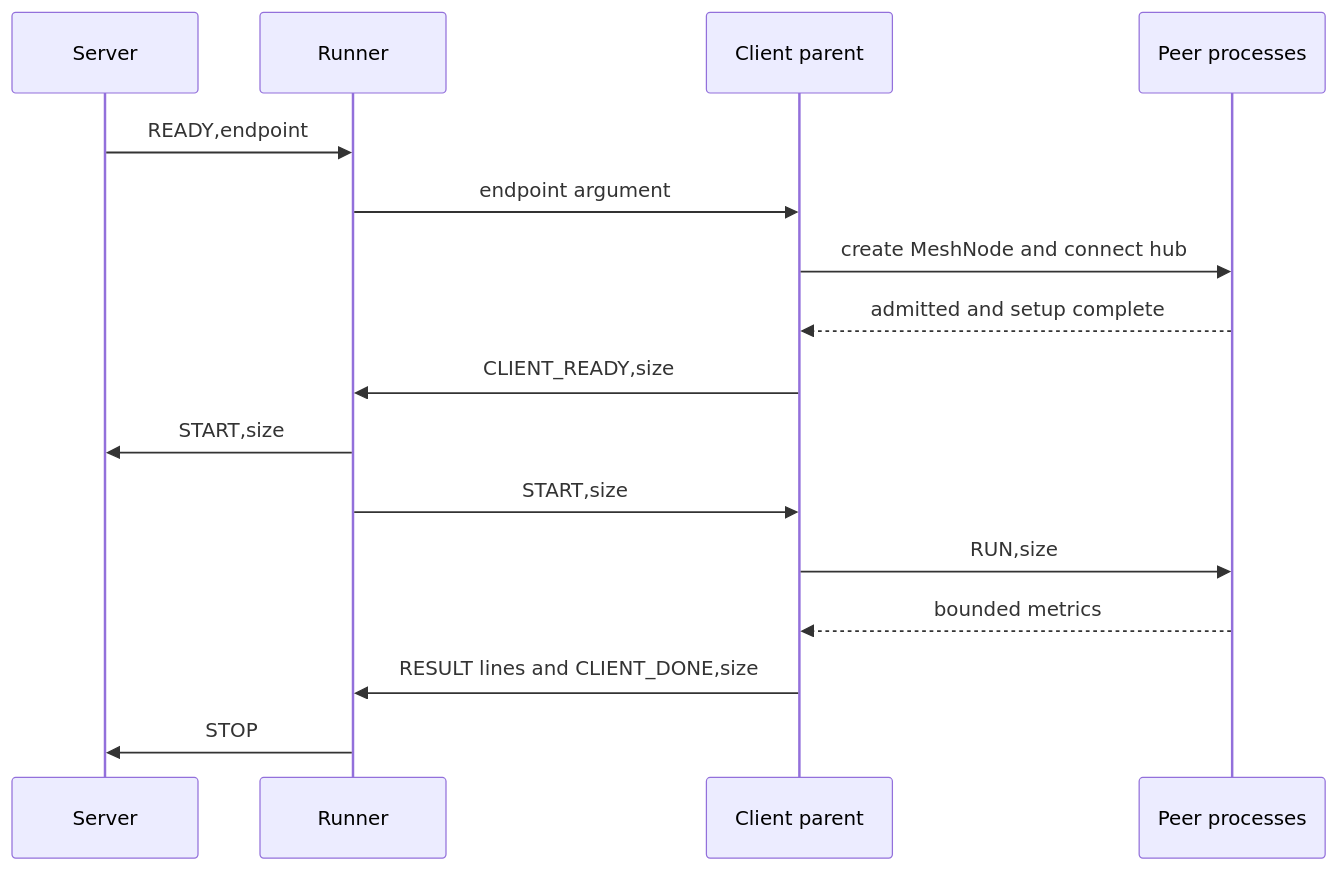
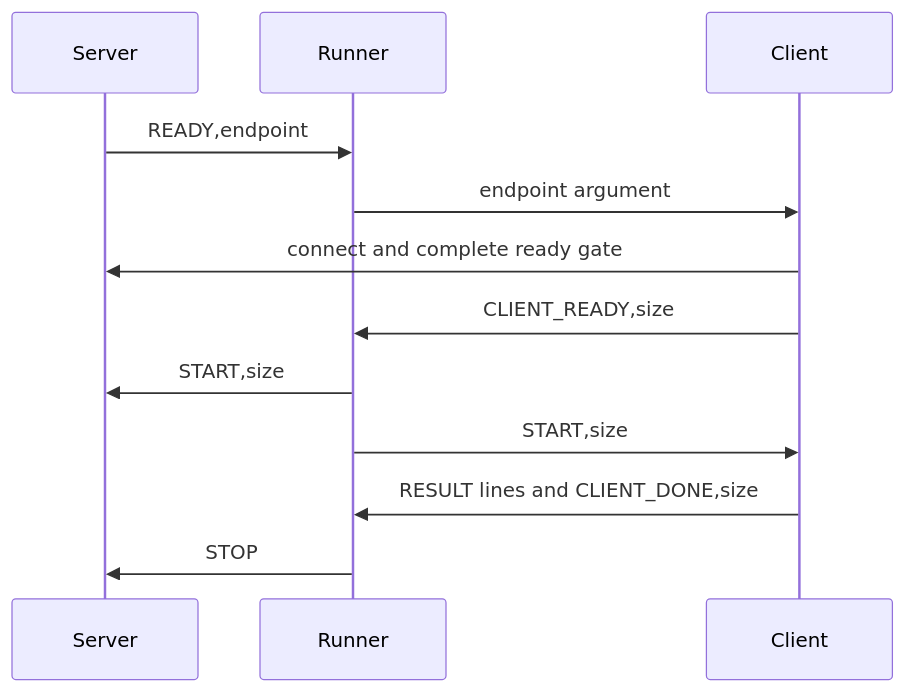
One commit to zlink-systems/zlink changed the diagram in doc/perf/PERF_MULTI_TEST_POLICY.md. Above: the diagram before and after it, drawn with Mermaid. The commit also changed other lines of this file and 414 other files, not shown here.

````diff
--- a/doc/perf/PERF_MULTI_TEST_POLICY.md
+++ b/doc/perf/PERF_MULTI_TEST_POLICY.md
@@ -420,19 +395,15 @@
 ```mermaid
 sequenceDiagram
     participant S as Server
     participant R as Runner
-    participant C as Client parent
-    participant P as Peer processes
+    participant C as Client
 
     S->>R: READY,endpoint
     R->>C: endpoint argument
-    C->>P: create MeshNode and connect hub
-    P-->>C: admitted and setup complete
+    C->>S: connect and complete ready gate
     C->>R: CLIENT_READY,size
     R->>S: START,size
     R->>C: START,size
-    C->>P: RUN,size
-    P-->>C: bounded metrics
     C->>R: RESULT lines and CLIENT_DONE,size
     R->>S: STOP
 ```
````
